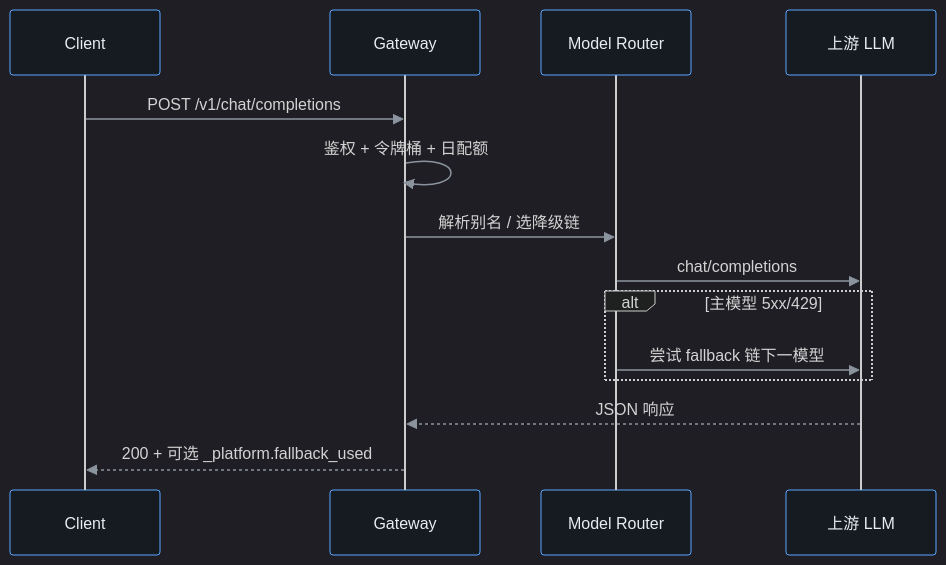
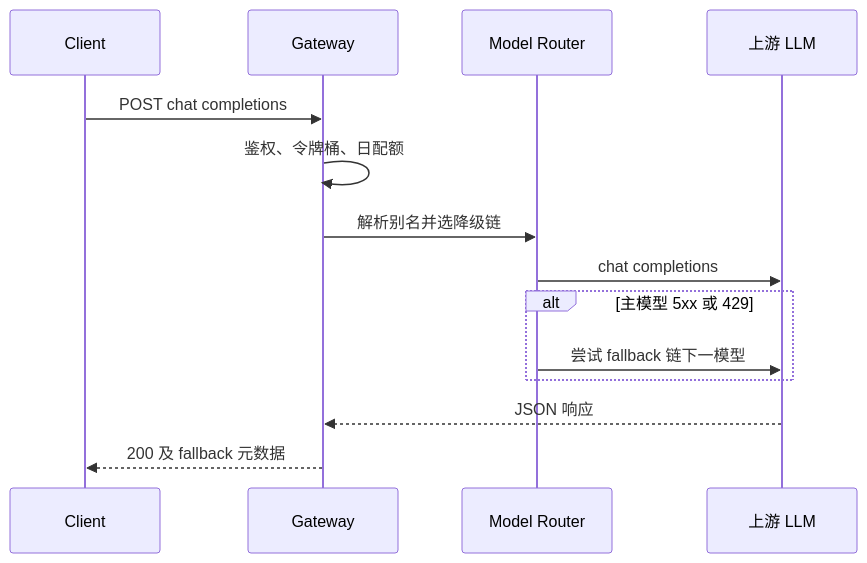
The second of 6 diagrams in docs/architecture.md (xingyun0812/ai-platform-lab), drawn with Mermaid before and after one commit. The commit also changed other lines of this file and 1 other file, not shown here.

First line of the commit message:
docs: add Phase E milestone and architecture flow

````diff
--- a/docs/architecture.md
+++ b/docs/architecture.md
@@ -55,18 +59,17 @@
 ```mermaid
-%%{init: {'theme': 'dark', 'themeVariables': { 'primaryColor': '#1e3a5f', 'primaryTextColor': '#e6edf3', 'primaryBorderColor': '#58a6ff', 'lineColor': '#8b949e', 'actorBkg': '#161b22', 'actorTextColor': '#e6edf3', 'actorBorder': '#58a6ff', 'signalColor': '#8b949e', 'noteBkgColor': '#21262d', 'noteTextColor': '#e6edf3'}}}%%
 sequenceDiagram
   participant Client
   participant Gateway
   participant Router as Model Router
   participant LLM as 上游 LLM
 
-  Client->>Gateway: POST /v1/chat/completions
-  Gateway->>Gateway: 鉴权 + 令牌桶 + 日配额
-  Gateway->>Router: 解析别名 / 选降级链
-  Router->>LLM: chat/completions
-  alt 主模型 5xx/429
+  Client->>Gateway: POST chat completions
+  Gateway->>Gateway: 鉴权、令牌桶、日配额
+  Gateway->>Router: 解析别名并选降级链
+  Router->>LLM: chat completions
+  alt 主模型 5xx 或 429
     Router->>LLM: 尝试 fallback 链下一模型
   end
   LLM-->>Gateway: JSON 响应
-  Gateway-->>Client: 200 + 可选 _platform.fallback_used
+  Gateway-->>Client: 200 及 fallback 元数据
 ```
````
